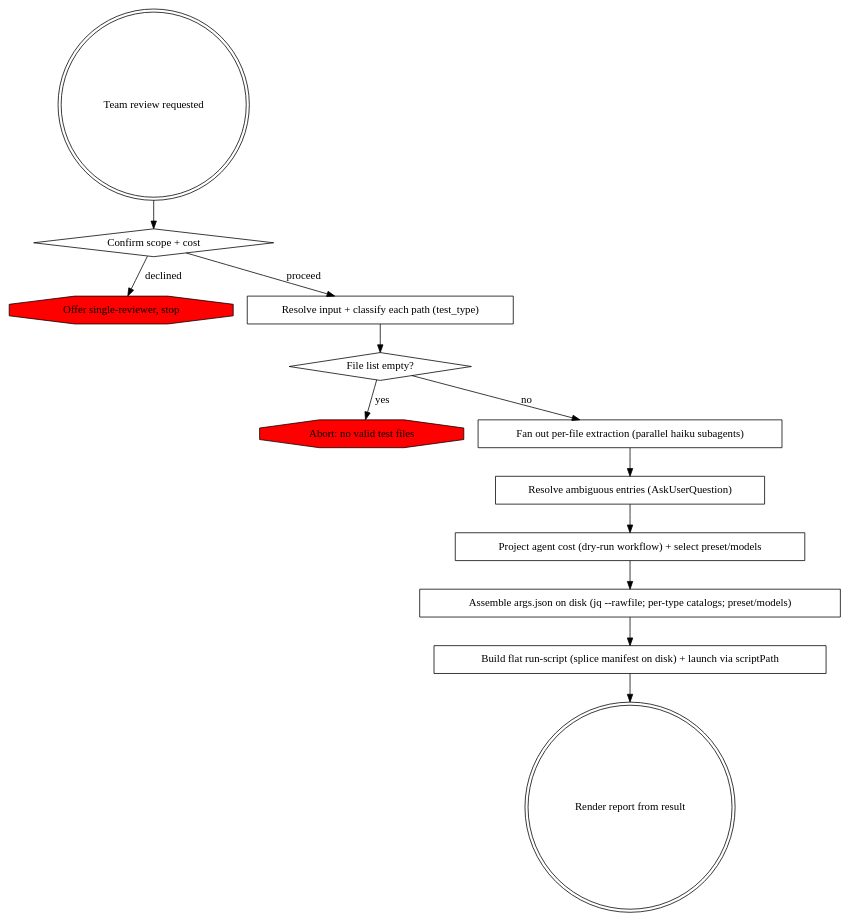
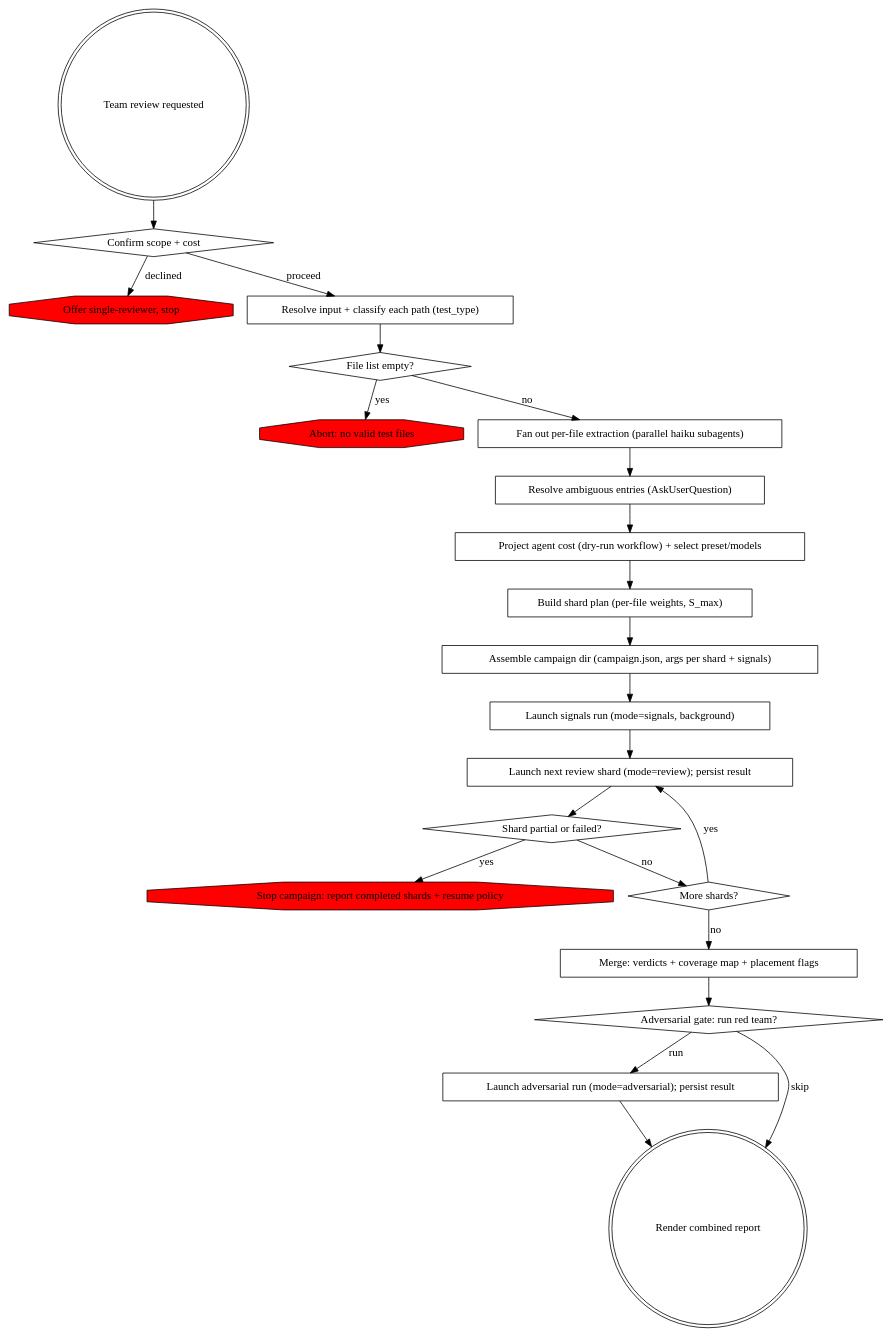
Before and after one commit to shopwareLabs/ai-coding-tools: the diagram in plugins/test-writing/skills/phpunit-test-team-reviewing/SKILL.md, drawn with Graphviz. The commit also changed other lines of this file and 21 other files, not shown here.

````diff
--- a/plugins/test-writing/skills/phpunit-test-team-reviewing/SKILL.md
+++ b/plugins/test-writing/skills/phpunit-test-team-reviewing/SKILL.md
@@ -12,28 +12,46 @@
 ```dot
 digraph team_review {
   "Team review requested" [shape=doublecircle];
   "Confirm scope + cost" [shape=diamond];
   "Offer single-reviewer, stop" [shape=octagon, style=filled, fillcolor=red];
   "Resolve input + classify each path (test_type)" [shape=box];
   "File list empty?" [shape=diamond];
   "Abort: no valid test files" [shape=octagon, style=filled, fillcolor=red];
   "Fan out per-file extraction (parallel haiku subagents)" [shape=box];
   "Resolve ambiguous entries (AskUserQuestion)" [shape=box];
   "Project agent cost (dry-run workflow) + select preset/models" [shape=box];
-  "Assemble args.json on disk (jq --rawfile; per-type catalogs; preset/models)" [shape=box];
-  "Build flat run-script (splice manifest on disk) + launch via scriptPath" [shape=box];
-  "Render report from result" [shape=doublecircle];
+  "Build shard plan (per-file weights, S_max)" [shape=box];
+  "Assemble campaign dir (campaign.json, args per shard + signals)" [shape=box];
+  "Launch signals run (mode=signals, background)" [shape=box];
+  "Launch next review shard (mode=review); persist result" [shape=box];
+  "Shard partial or failed?" [shape=diamond];
+  "Stop campaign: report completed shards + resume policy" [shape=octagon, style=filled, fillcolor=red];
+  "More shards?" [shape=diamond];
+  "Merge: verdicts + coverage map + placement flags" [shape=box];
+  "Adversarial gate: run red team?" [shape=diamond];
+  "Launch adversarial run (mode=adversarial); persist result" [shape=box];
+  "Render combined report" [shape=doublecircle];
 
   "Team review requested" -> "Confirm scope + cost";
   "Confirm scope + cost" -> "Offer single-reviewer, stop" [label="declined"];
   "Confirm scope + cost" -> "Resolve input + classify each path (test_type)" [label="proceed"];
   "Resolve input + classify each path (test_type)" -> "File list empty?";
   "File list empty?" -> "Abort: no valid test files" [label="yes"];
   "File list empty?" -> "Fan out per-file extraction (parallel haiku subagents)" [label="no"];
   "Fan out per-file extraction (parallel haiku subagents)" -> "Resolve ambiguous entries (AskUserQuestion)";
   "Resolve ambiguous entries (AskUserQuestion)" -> "Project agent cost (dry-run workflow) + select preset/models";
-  "Project agent cost (dry-run workflow) + select preset/models" -> "Assemble args.json on disk (jq --rawfile; per-type catalogs; preset/models)";
-  "Assemble args.json on disk (jq --rawfile; per-type catalogs; preset/models)" -> "Build flat run-script (splice manifest on disk) + launch via scriptPath";
-  "Build flat run-script (splice manifest on disk) + launch via scriptPath" -> "Render report from result";
+  "Project agent cost (dry-run workflow) + select preset/models" -> "Build shard plan (per-file weights, S_max)";
+  "Build shard plan (per-file weights, S_max)" -> "Assemble campaign dir (campaign.json, args per shard + signals)";
+  "Assemble campaign dir (campaign.json, args per shard + signals)" -> "Launch signals run (mode=signals, background)";
+  "Launch signals run (mode=signals, background)" -> "Launch next review shard (mode=review); persist result";
+  "Launch next review shard (mode=review); persist result" -> "Shard partial or failed?";
+  "Shard partial or failed?" -> "Stop campaign: report completed shards + resume policy" [label="yes"];
+  "Shard partial or failed?" -> "More shards?" [label="no"];
+  "More shards?" -> "Launch next review shard (mode=review); persist result" [label="yes"];
+  "More shards?" -> "Merge: verdicts + coverage map + placement flags" [label="no"];
+  "Merge: verdicts + coverage map + placement flags" -> "Adversarial gate: run red team?";
+  "Adversarial gate: run red team?" -> "Launch adversarial run (mode=adversarial); persist result" [label="run"];
+  "Adversarial gate: run red team?" -> "Render combined report" [label="skip"];
+  "Launch adversarial run (mode=adversarial); persist result" -> "Render combined report";
 }
 ```
````
